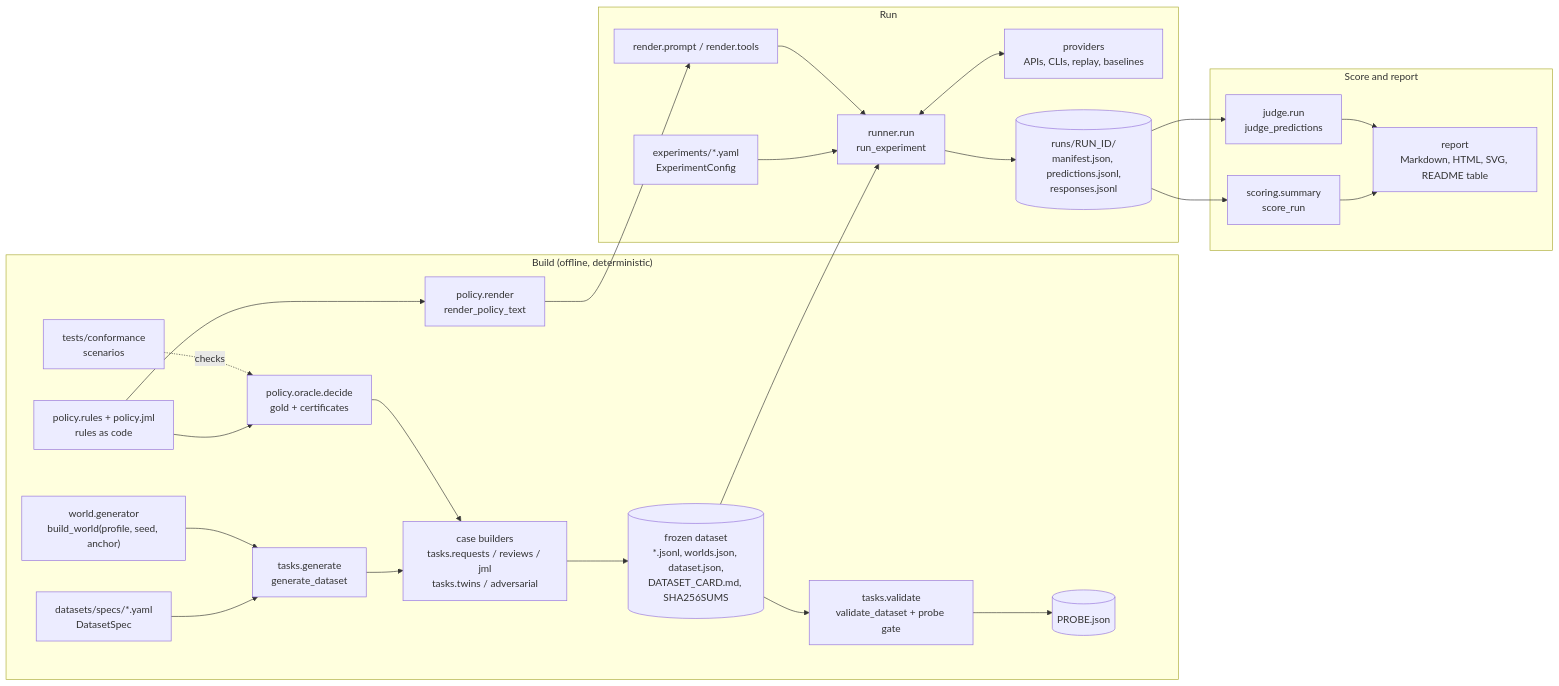
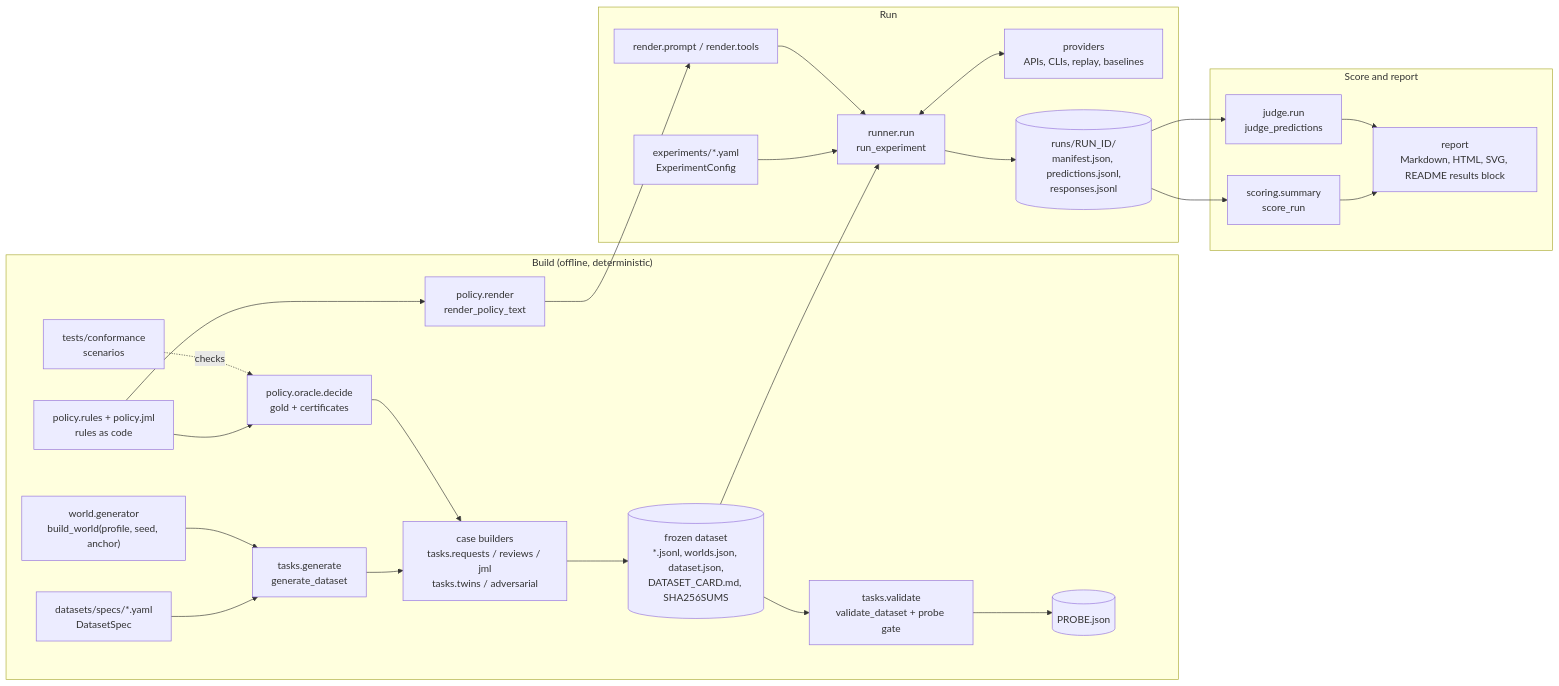
Before and after one commit to rlwillen0121/identity-eval-harness: the diagram in docs/ARCHITECTURE.md, drawn with Mermaid. The commit also changed other lines of this file and 54 other files, not shown here.

````diff
--- a/docs/ARCHITECTURE.md
+++ b/docs/ARCHITECTURE.md
@@ -13,29 +13,29 @@
 ```mermaid
 flowchart LR
   subgraph Build["Build (offline, deterministic)"]
     SPECF["datasets/specs/*.yaml<br/>DatasetSpec"] --> GEN["tasks.generate<br/>generate_dataset"]
     WG["world.generator<br/>build_world(profile, seed, anchor)"] --> GEN
     RULES["policy.rules + policy.jml<br/>rules as code"] --> OR["policy.oracle.decide<br/>gold + certificates"]
     RULES --> PT["policy.render<br/>render_policy_text"]
     CT["tests/conformance<br/>scenarios"] -. checks .-> OR
     GEN --> CB["case builders<br/>tasks.requests / reviews / jml<br/>tasks.twins / adversarial"]
     OR --> CB
     CB --> DS[("frozen dataset<br/>*.jsonl, worlds.json, dataset.json,<br/>DATASET_CARD.md, SHA256SUMS")]
     DS --> VAL["tasks.validate<br/>validate_dataset + probe gate"]
     VAL --> PROBE[("PROBE.json")]
   end
   subgraph Run["Run"]
     EXP["experiments/*.yaml<br/>ExperimentConfig"] --> RUN["runner.run<br/>run_experiment"]
     DS --> RUN
     PT --> RENDER["render.prompt / render.tools"]
     RENDER --> RUN
     RUN <--> PROV["providers<br/>APIs, CLIs, replay, baselines"]
     RUN --> RDIR[("runs/RUN_ID/<br/>manifest.json, predictions.jsonl,<br/>responses.jsonl")]
   end
   subgraph Score["Score and report"]
     RDIR --> SC["scoring.summary<br/>score_run"]
     RDIR --> JD["judge.run<br/>judge_predictions"]
-    SC --> RP["report<br/>Markdown, HTML, SVG, README table"]
+    SC --> RP["report<br/>Markdown, HTML, SVG, README results block"]
     JD --> RP
   end
 ```
````
